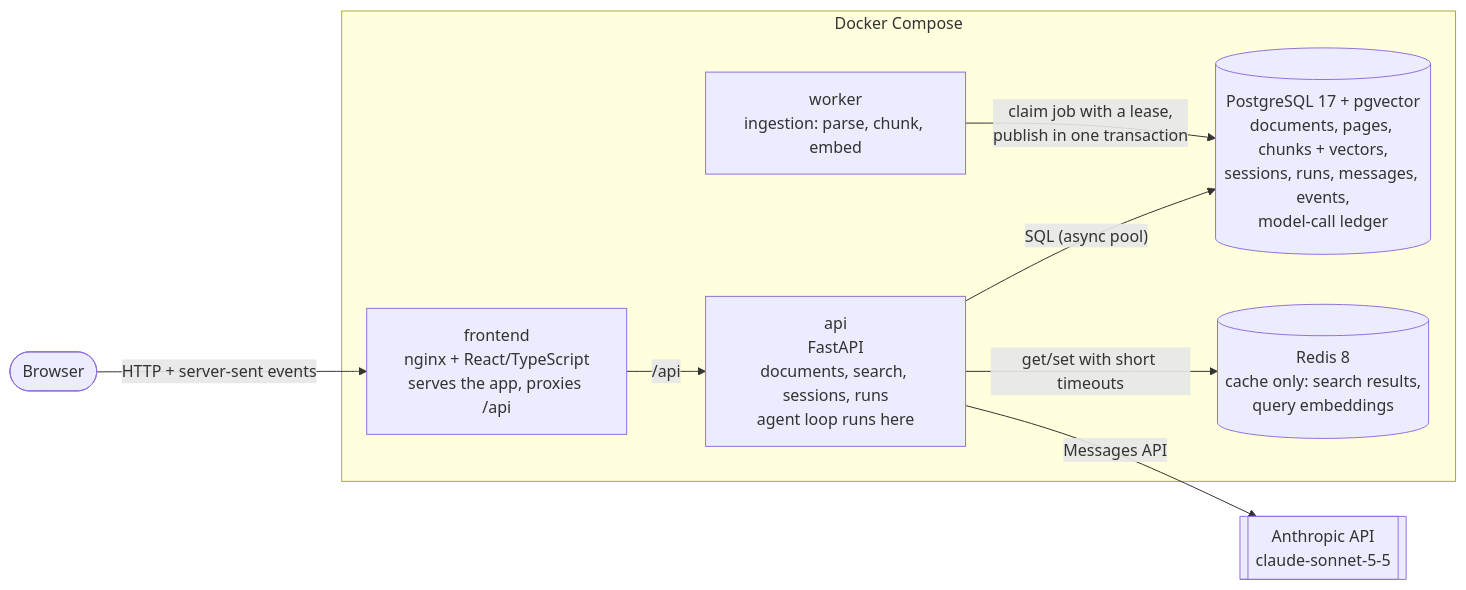
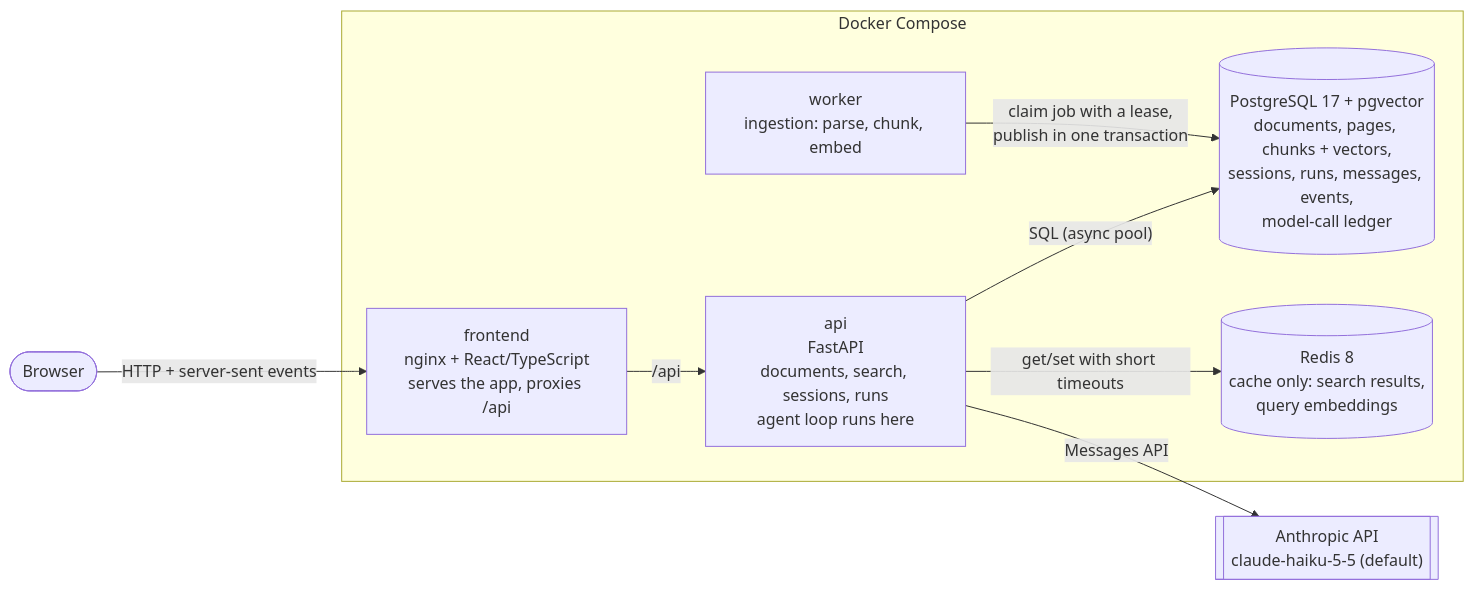
One commit to ApoorvKadam/callslip changed the first of 4 diagrams in docs/architecture.md. Above: the diagram before and after it, drawn with Mermaid. The commit also changed 198 other files, not shown here.

First line of the commit message:
Make Haiku 5.5 the default answer model (#9)

````diff
--- a/docs/architecture.md
+++ b/docs/architecture.md
@@ -7,19 +7,19 @@
 ```mermaid
 flowchart LR
     user([Browser])
     subgraph compose[Docker Compose]
         web["frontend<br/>nginx + React/TypeScript<br/>serves the app, proxies /api"]
         api["api<br/>FastAPI<br/>documents, search, sessions, runs<br/>agent loop runs here"]
         worker["worker<br/>ingestion: parse, chunk, embed"]
         pg[("PostgreSQL 17 + pgvector<br/>documents, pages, chunks + vectors,<br/>sessions, runs, messages, events,<br/>model-call ledger")]
         redis[("Redis 8<br/>cache only: search results,<br/>query embeddings")]
     end
-    claude[["Anthropic API<br/>claude-sonnet-5-5"]]
+    claude[["Anthropic API<br/>claude-haiku-5-5 (default)"]]
 
     user -- "HTTP + server-sent events" --> web
     web -- "/api" --> api
     api -- "SQL (async pool)" --> pg
     api -- "get/set with short timeouts" --> redis
     api -- "Messages API" --> claude
     worker -- "claim job with a lease,<br/>publish in one transaction" --> pg
 ```
````
